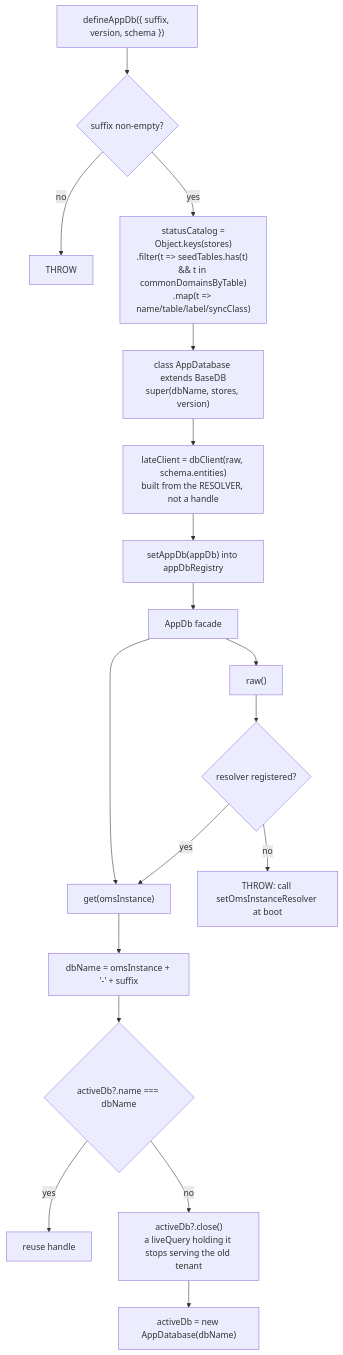
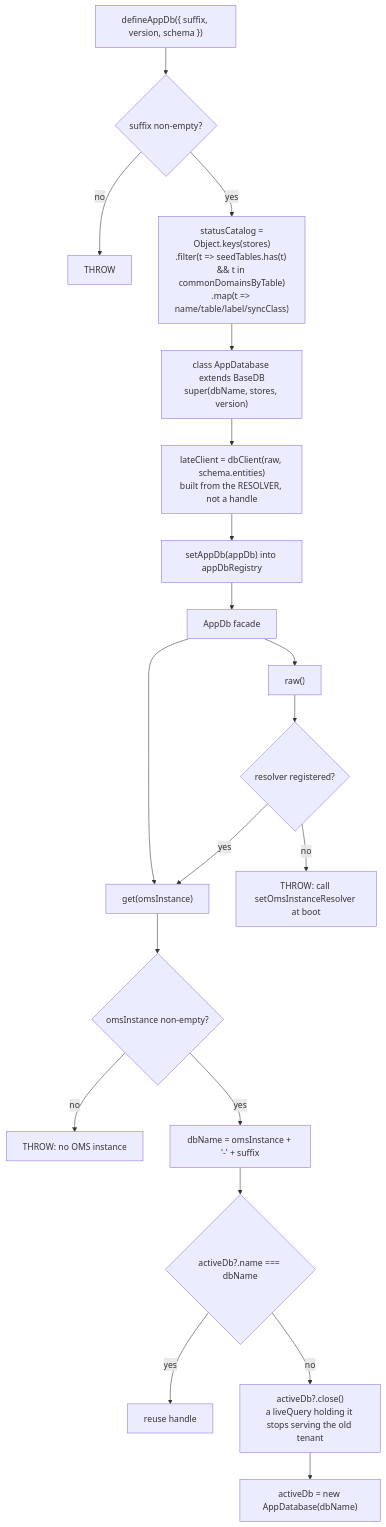
Before and after one commit to hotwax/accxui: the third of 31 diagrams in docs/APP_DB_SYNC_FLOWS.md, drawn with Mermaid. The commit also changed other lines of this file and 2 other files, not shown here.

````diff
--- a/docs/APP_DB_SYNC_FLOWS.md
+++ b/docs/APP_DB_SYNC_FLOWS.md
@@ -112,22 +118,24 @@
 ```mermaid
 flowchart TD
     DEF["defineAppDb({ suffix, version, schema })"] --> V{"suffix non-empty?"}
     V -- no --> XS["THROW"]
     V -- yes --> CAT["statusCatalog =<br/>Object.keys(stores)<br/>.filter(t => seedTables.has(t) && t in commonDomainsByTable)<br/>.map(t => name/table/label/syncClass)"]
     CAT --> CLS["class AppDatabase extends BaseDB<br/>super(dbName, stores, version)"]
     CLS --> LC["lateClient = dbClient(raw, schema.entities)<br/>built from the RESOLVER, not a handle"]
     LC --> SET["setAppDb(appDb) into appDbRegistry"]
     SET --> RET["AppDb facade"]
 
     RET --> G["get(omsInstance)"]
-    G --> GN["dbName = omsInstance + '-' + suffix"]
+    G --> GE{"omsInstance non-empty?"}
+    GE -- no --> XG["THROW: no OMS instance"]
+    GE -- yes --> GN["dbName = omsInstance + '-' + suffix"]
     GN --> GQ{"activeDb?.name === dbName"}
     GQ -- yes --> GR["reuse handle"]
     GQ -- no --> GC["activeDb?.close()<br/>a liveQuery holding it stops serving the old tenant"]
     GC --> GO["activeDb = new AppDatabase(dbName)"]
 
     RET --> R["raw()"]
     R --> RQ{"resolver registered?"}
     RQ -- no --> XR["THROW: call setOmsInstanceResolver at boot"]
     RQ -- yes --> G
 ```
````
